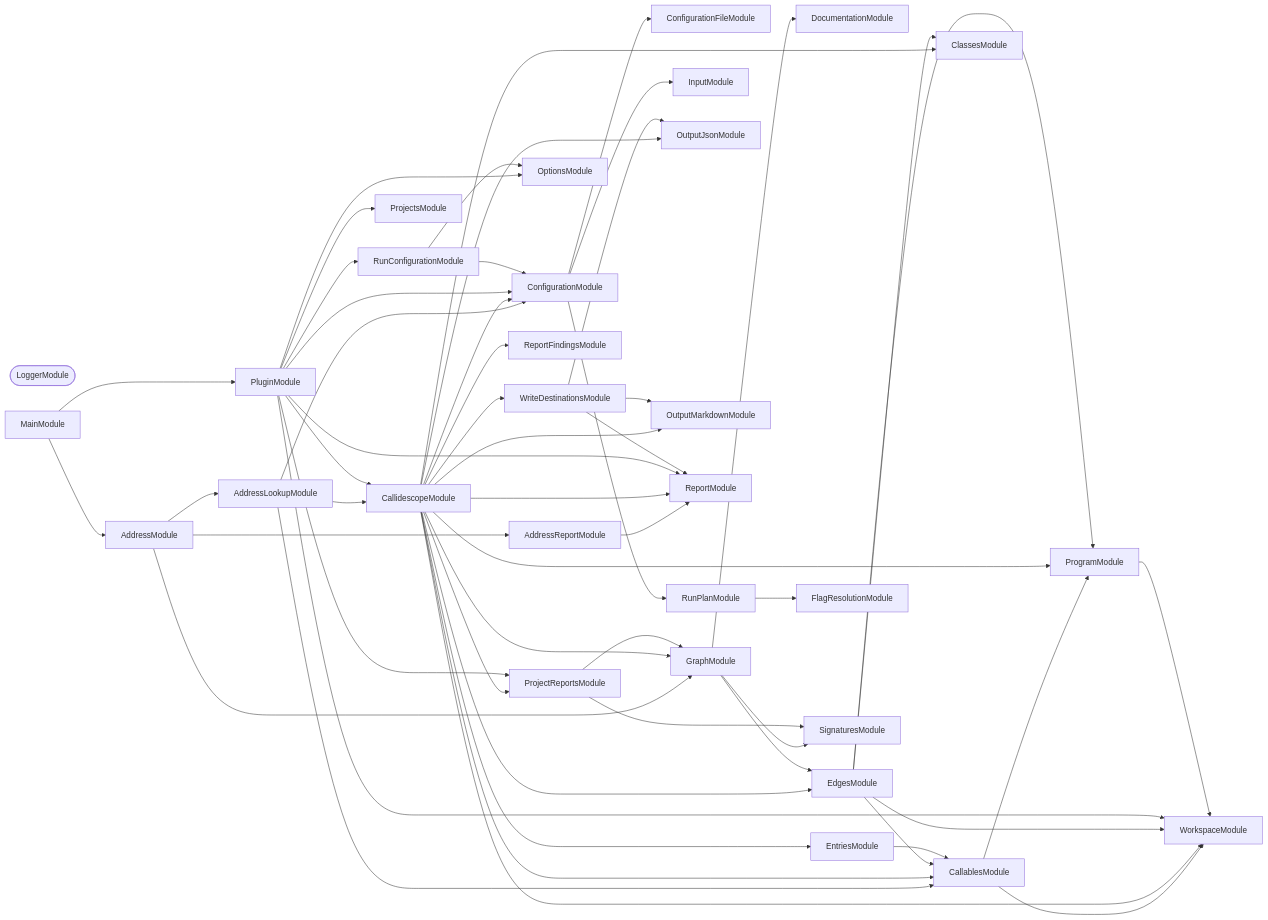
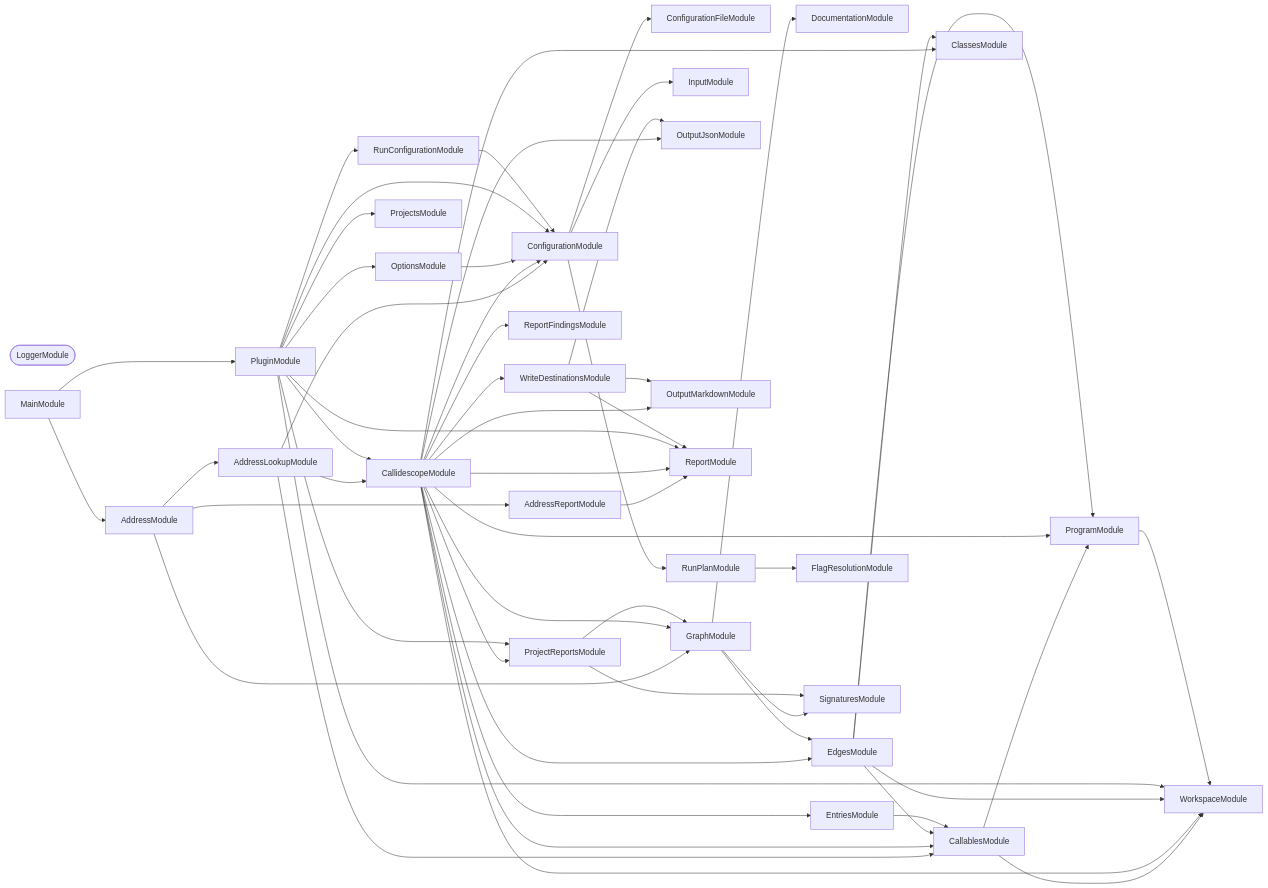
One commit to organizzolini/codebase changed the second of 3 diagrams in projects/ic-suite/callidescope/callidescope-nx/README.md. Above: the diagram before and after it, drawn with Mermaid. The commit also changed other lines of this file and 2324 other files, not shown here.

```diff
--- a/projects/ic-suite/callidescope/callidescope-nx/README.md
+++ b/projects/ic-suite/callidescope/callidescope-nx/README.md
@@ -398,6 +400,7 @@
   GraphModule --> SignaturesModule
   MainModule --> AddressModule
   MainModule --> PluginModule
+  OptionsModule --> ConfigurationModule
   PluginModule --> CallidescopeModule
   PluginModule --> ConfigurationModule
   PluginModule --> OptionsModule
@@ -410,7 +413,6 @@
   ProjectReportsModule --> GraphModule
   ProjectReportsModule --> SignaturesModule
   RunConfigurationModule --> ConfigurationModule
-  RunConfigurationModule --> OptionsModule
   RunPlanModule --> FlagResolutionModule
   WriteDestinationsModule --> OutputJsonModule
   WriteDestinationsModule --> OutputMarkdownModule
```
